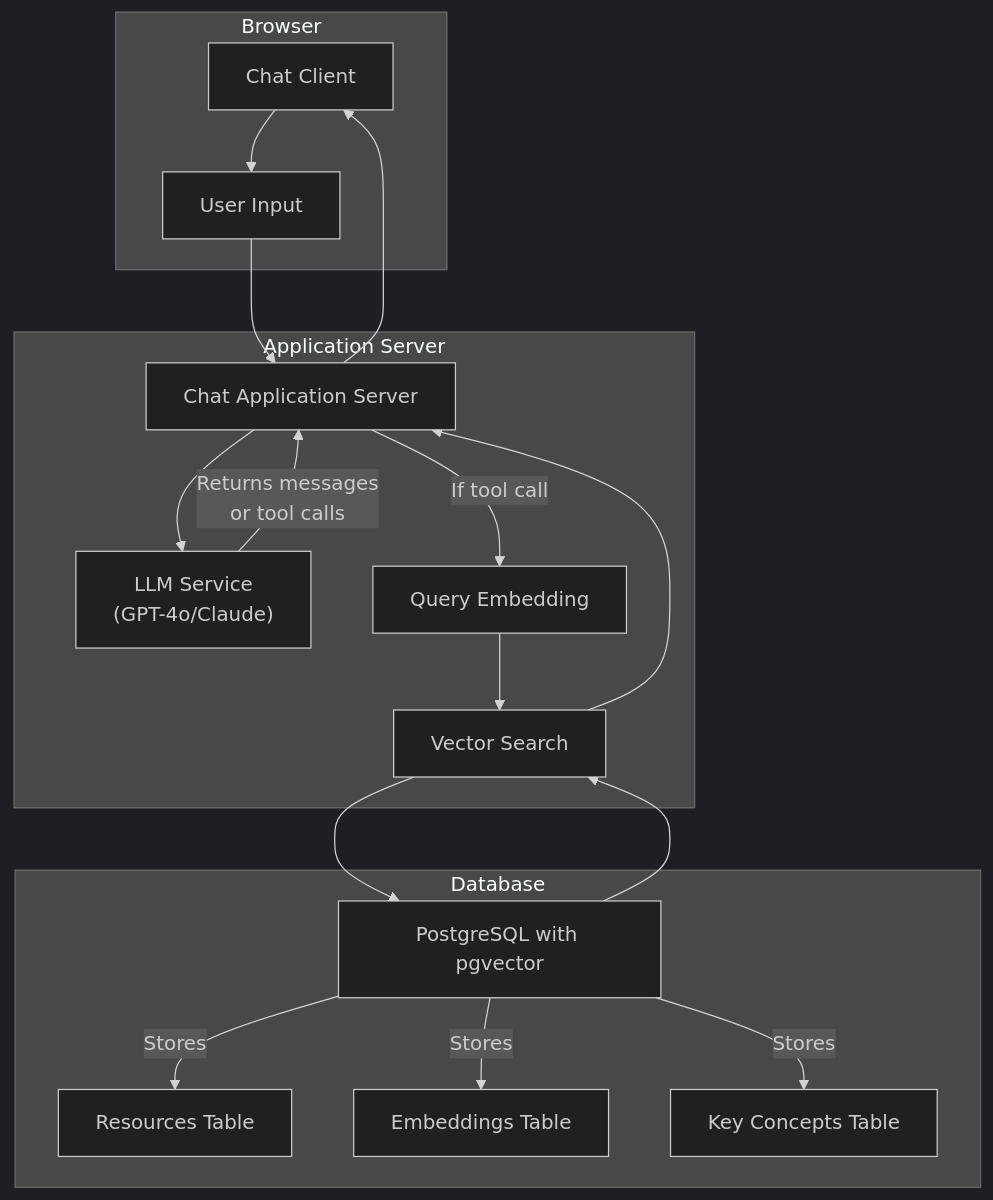
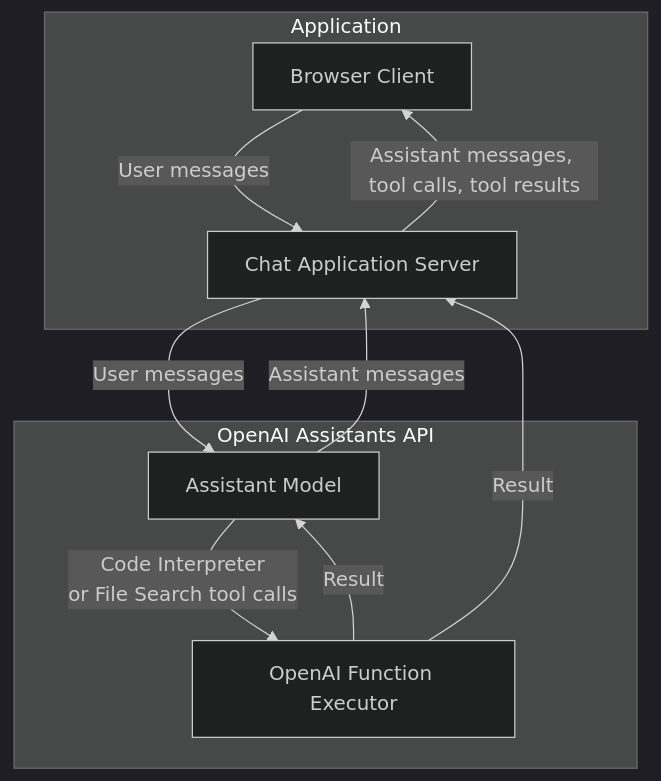
The diagram in README.md (Teal-Insights/ccdr-explorer-client), drawn with Mermaid (dark theme) before and after one commit. The commit also changed other lines of this file and 1 other file, not shown here.

Commit message:
Project status report

````diff
--- a/README.md
+++ b/README.md
@@ -107,25 +109,15 @@
 ```mermaid
 graph TB
-    subgraph "Browser"
-        A["Chat Client"] --> B["User Input"]
+    subgraph "Application"
+        A[Browser Client] --> |"User messages"|C[Chat Application Server]
+        C -->|"Assistant messages, tool calls, tool results"| A
     end
 
-    subgraph "Application Server"
-        C["Chat Application Server"] --> D["LLM Service<br>(GPT-4o/Claude)"]
-        D -->|"Returns messages<br>or tool calls"| C
-        C -->|"If tool call"| E["Query Embedding"]
-        E --> F["Vector Search"]
-    end
-
-    B --> C
-    C --> A
-
-    subgraph "Database"
-        F --> G["PostgreSQL with pgvector"]
-        G --> F
-        F --> C
-        G -- Stores --> H["Resources Table"]
-        G -- Stores --> I["Embeddings Table"]
-        G -- Stores --> J["Key Concepts Table"]
+    subgraph "OpenAI Assistants API"
+        D[Assistant Model] -->|"Assistant messages"| C
+        D -->|"Code Interpreter<br>or File Search tool calls"| E[OpenAI Function Executor]
+        E -->|"Result"| D
+        C -->|"User messages"| D
+        E -->|"Result"| C
     end
 ```
````
